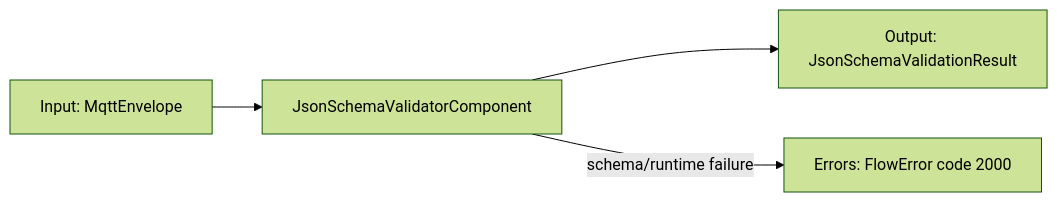
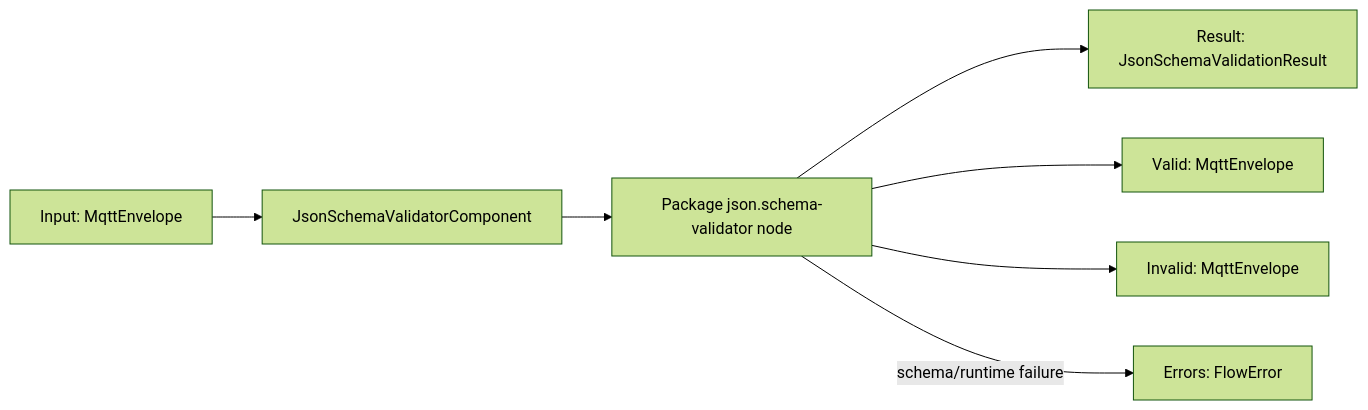
Before and after one commit to araxis/FluxMq: diagram 11 of 19 in docs/flow-components.md, drawn with Mermaid (forest theme). The commit also changed other lines of this file and 11 other files, not shown here.

Commit message:
Use validation component package

````diff
--- a/docs/flow-components.md
+++ b/docs/flow-components.md
@@ -429,6 +429,9 @@
 ```mermaid
 flowchart LR
     In["Input: MqttEnvelope"] --> Validator["JsonSchemaValidatorComponent"]
-    Validator --> Out["Output: JsonSchemaValidationResult"]
-    Validator -->|schema/runtime failure| Errors["Errors: FlowError code 2000"]
+    Validator --> Package["Package json.schema-validator node"]
+    Package --> Out["Result: JsonSchemaValidationResult"]
+    Package --> Valid["Valid: MqttEnvelope"]
+    Package --> Invalid["Invalid: MqttEnvelope"]
+    Package -->|schema/runtime failure| Errors["Errors: FlowError"]
 ```
````
